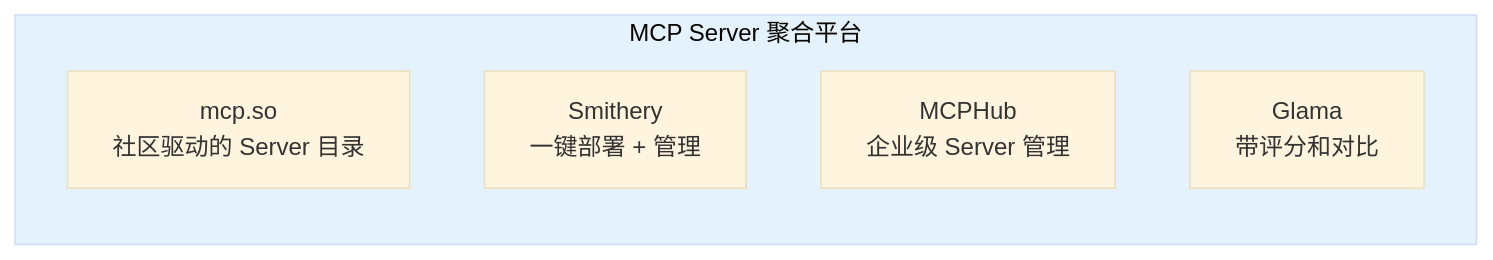
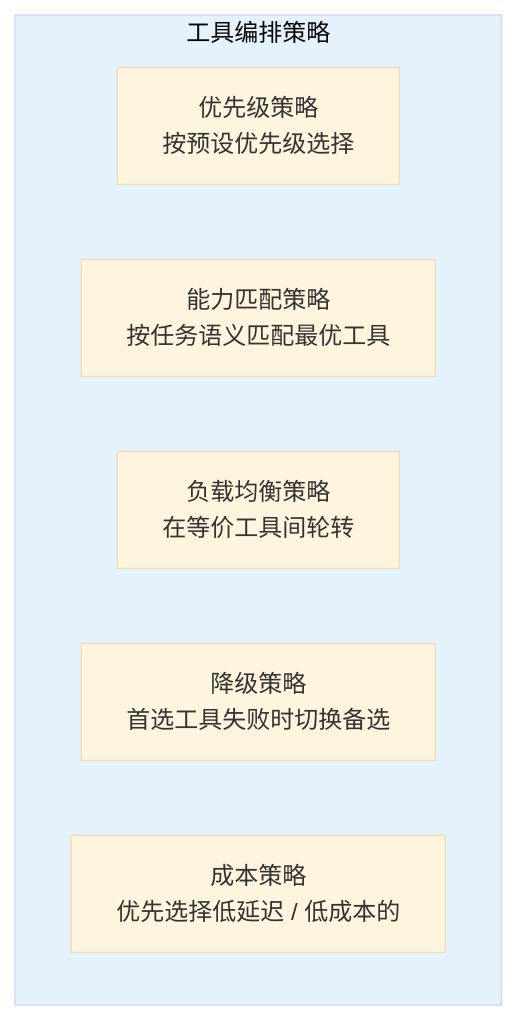
One commit to UranusGit/java-agent-learn changed diagram 11 of 21 in docs/前沿/04-MCP生态全景.md. Above: the diagram before and after it, drawn with Mermaid (base theme). The commit also changed other lines of this file and 4 other files, not shown here.

````diff
--- a/docs/前沿/04-MCP生态全景.md
+++ b/docs/前沿/04-MCP生态全景.md
@@ -209,11 +419,12 @@
 ```mermaid
-graph LR
-    subgraph 平台["MCP Server 聚合平台"]
-        P1["mcp.so<br/>社区驱动的 Server 目录"]
-        P2["Smithery<br/>一键部署 + 管理"]
-        P3["MCPHub<br/>企业级 Server 管理"]
-        P4["Glama<br/>带评分和对比"]
+graph TB
+    subgraph 编排策略["工具编排策略"]
+        ST1["优先级策略<br/>按预设优先级选择"]
+        ST2["能力匹配策略<br/>按任务语义匹配最优工具"]
+        ST3["负载均衡策略<br/>在等价工具间轮转"]
+        ST4["降级策略<br/>首选工具失败时切换备选"]
+        ST5["成本策略<br/>优先选择低延迟 / 低成本的"]
     end
 
-    style 平台 fill:#e3f2fd
+    style 编排策略 fill:#e3f2fd
 ```
````
